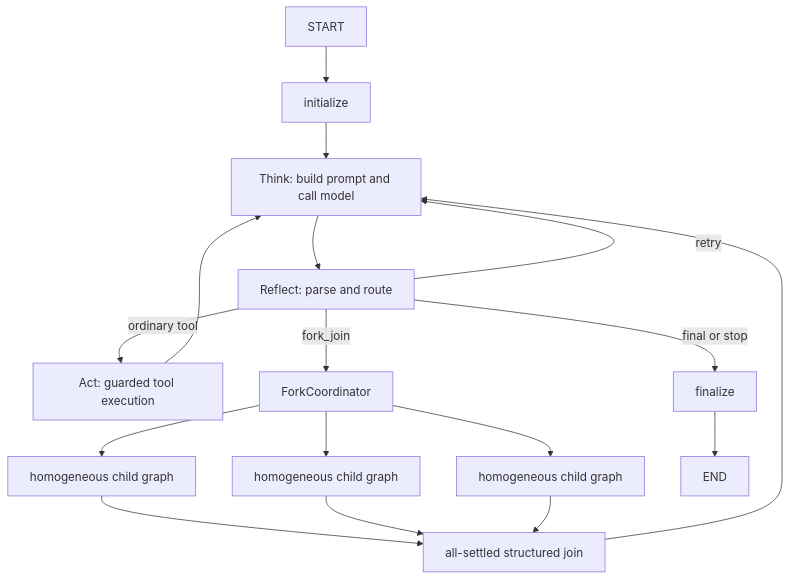
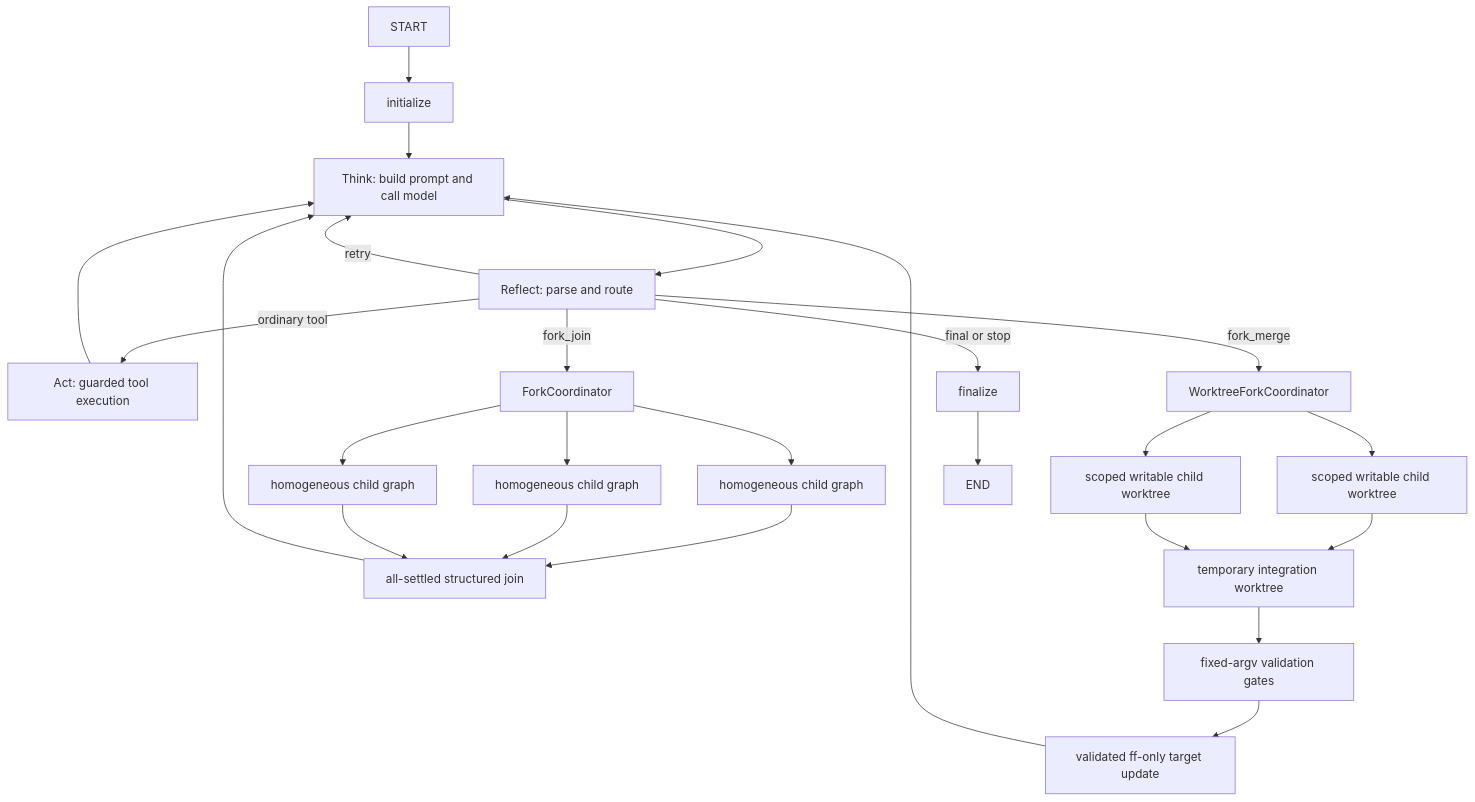
Before and after one commit to scyForever/CodeY: the first of 3 diagrams in docs/01-Agent架构设计.md, drawn with Mermaid. The commit also changed other lines of this file and 20 other files, not shown here.

Commit message:
feat: add parallel writable fork merge

````diff
--- a/docs/01-Agent架构设计.md
+++ b/docs/01-Agent架构设计.md
@@ -13,19 +18,27 @@
 ```mermaid
 flowchart TD
     START --> INIT[initialize]
     INIT --> THINK[Think: build prompt and call model]
     THINK --> REFLECT[Reflect: parse and route]
     REFLECT -->|ordinary tool| ACT[Act: guarded tool execution]
     REFLECT -->|fork_join| FORK[ForkCoordinator]
+    REFLECT -->|fork_merge| MERGEFORK[WorktreeForkCoordinator]
     REFLECT -->|retry| THINK
     REFLECT -->|final or stop| FINALIZE[finalize]
     ACT --> THINK
     FORK --> C1[homogeneous child graph]
     FORK --> C2[homogeneous child graph]
     FORK --> CN[homogeneous child graph]
     C1 --> JOIN[all-settled structured join]
     C2 --> JOIN
     CN --> JOIN
     JOIN --> THINK
+    MERGEFORK --> W1[scoped writable child worktree]
+    MERGEFORK --> W2[scoped writable child worktree]
+    W1 --> INTEGRATE[temporary integration worktree]
+    W2 --> INTEGRATE
+    INTEGRATE --> VERIFY[fixed-argv validation gates]
+    VERIFY --> FF[validated ff-only target update]
+    FF --> THINK
     FINALIZE --> END
 ```
````
